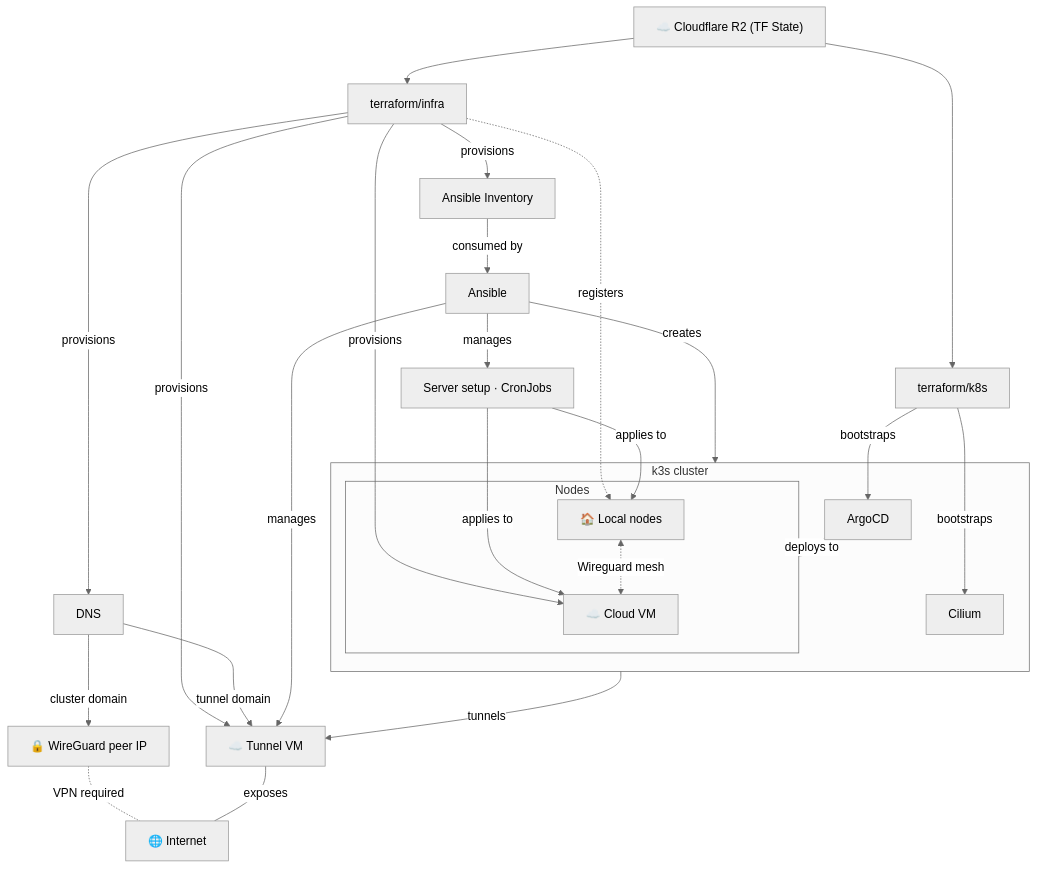
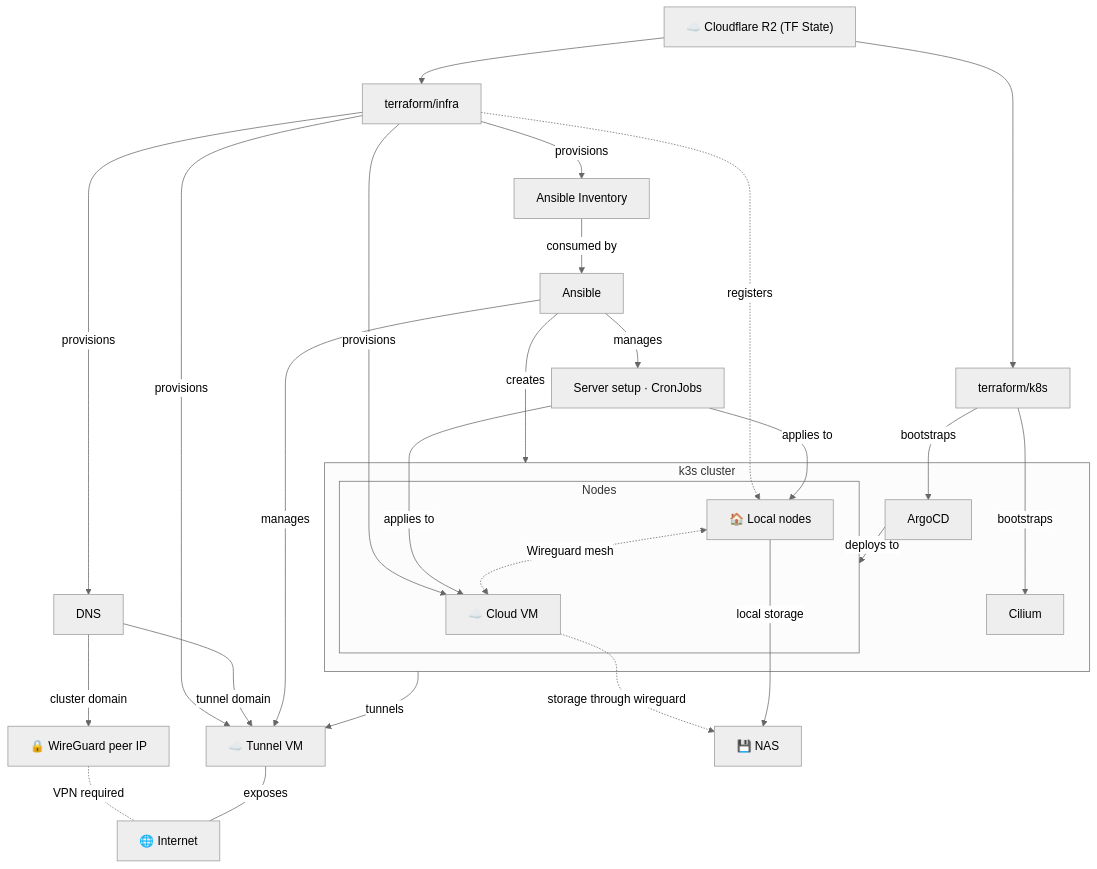
The diagram in README.md (rem1niscence/homelab), drawn with Mermaid (neutral theme) before and after one commit. The commit also changed other lines of this file, not shown here.

Commit message:
docs: storage graph

````diff
--- a/README.md
+++ b/README.md
@@ -35,49 +35,53 @@
 ```mermaid
 flowchart TD
     R2["☁️ Cloudflare R2 (TF State)"]
 
     R2 --> TF_INFRA
     R2 --> TF_K8S
+    
 
     TF_INFRA["terraform/infra"]
     TF_INFRA -->|provisions| INFRA_RESOURCES["Ansible Inventory"]
     
     TF_INFRA -->|provisions| INFRA_DNS["DNS"]
     INFRA_DNS -->|cluster domain| WG_PEER["🔒 WireGuard peer IP"] -.-|VPN required| INTERNET
 
     TUNNEL_VM["☁️ Tunnel VM"]
     INTERNET["🌐 Internet"]
 
     TF_INFRA -->|provisions| CLOUD_VM
     TF_INFRA -.->|registers| LOCAL
     TF_INFRA -->|provisions| TUNNEL_VM
 
     INFRA_DNS -->|tunnel domain| TUNNEL_VM
-
 
     INFRA_RESOURCES -->|consumed by| ANSIBLE["Ansible"]
     ANSIBLE -->|manages| ANSIBLE_RESOURCES["Server setup · CronJobs"]
     ANSIBLE --->|creates| CLUSTER
     ANSIBLE -->|manages| TUNNEL_VM
 
     ANSIBLE_RESOURCES -->|applies to| CLOUD_VM
     ANSIBLE_RESOURCES -->|applies to| LOCAL
 
     subgraph CLUSTER["k3s cluster"]
         subgraph NODES["Nodes"]
             CLOUD_VM["☁️ Cloud VM"]
             LOCAL <.->|Wireguard mesh| CLOUD_VM
             LOCAL["🏠 Local nodes"]
         end
         ARGOCD["ArgoCD"]
         ARGOCD -->|deploys to| NODES
         CILIUM["Cilium"]
     end
 
+    NAS["💾 NAS"]
+    CLOUD_VM -.->|storage through wireguard| NAS
+    LOCAL -->|local storage| NAS
+
     TF_K8S["terraform/k8s"]
     TF_K8S -->|bootstraps| ARGOCD
     TF_K8S --->|bootstraps| CILIUM
 
     CLUSTER -->|tunnels| TUNNEL_VM
     TUNNEL_VM --- |exposes| INTERNET
 ```
````
